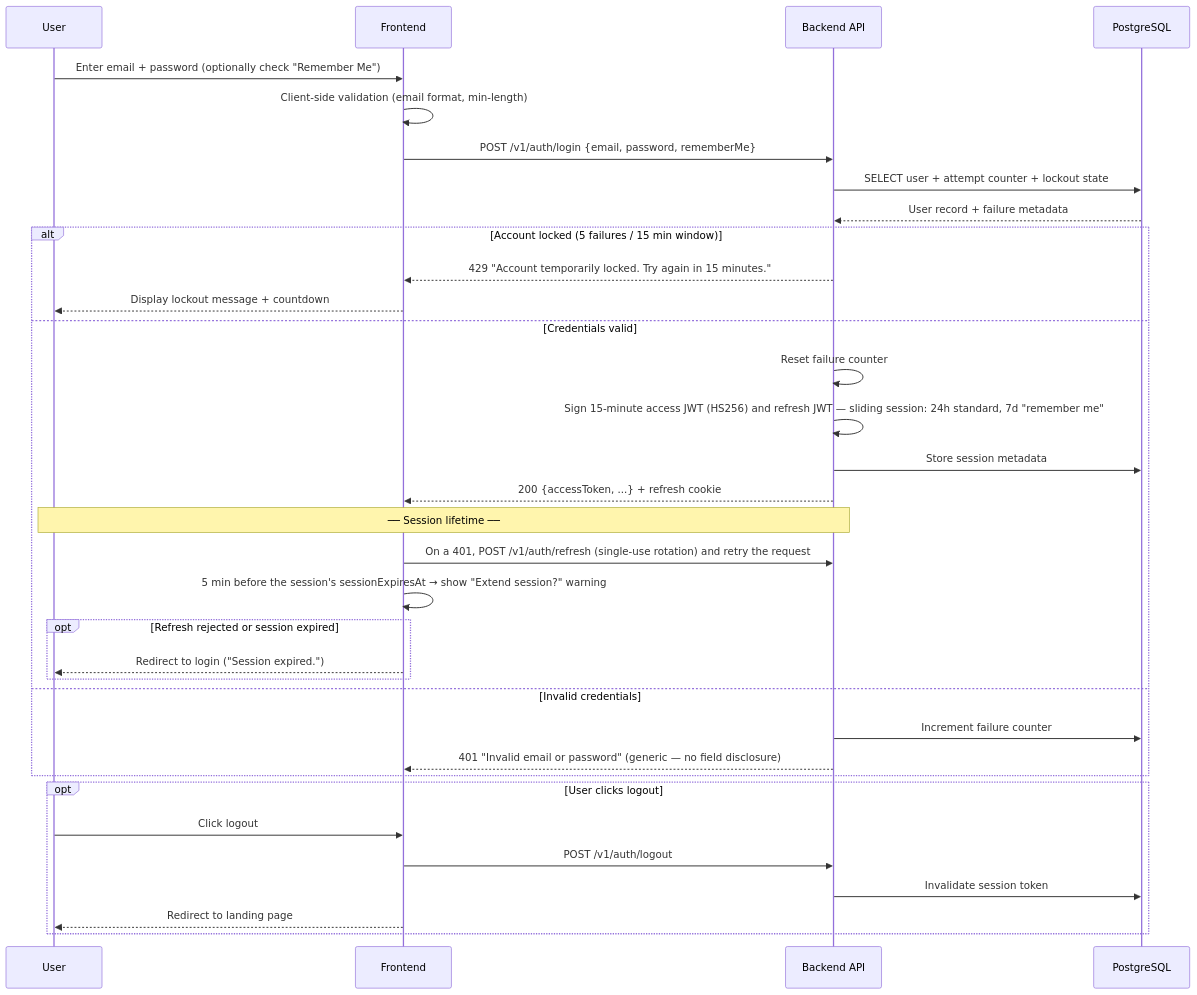
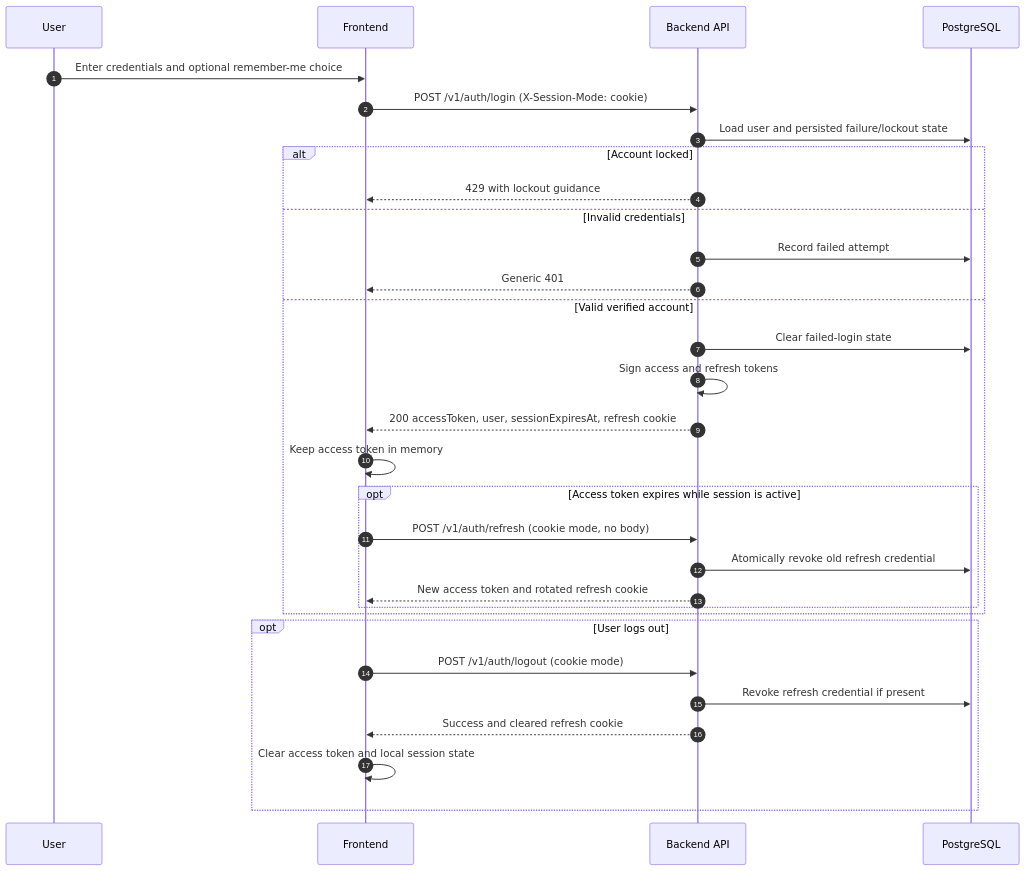
The eighth of 13 diagrams in docs/03-architecture/diagrams/sequence-diagrams.md (alonsovndev/open-projects-hub-docs), drawn with Mermaid before and after one commit. The commit also changed other lines of this file and 63 other files, not shown here.

````diff
--- a/docs/03-architecture/diagrams/sequence-diagrams.md
+++ b/docs/03-architecture/diagrams/sequence-diagrams.md
@@ -222,37 +242,34 @@
 ```mermaid
 sequenceDiagram
+    autonumber
     participant User
     participant FE as Frontend
     participant BE as Backend API
     participant DB as PostgreSQL
 
-    User->>FE: Enter email + password (optionally check "Remember Me")
-    FE->>FE: Client-side validation (email format, min-length)
-    FE->>BE: POST /v1/auth/login {email, password, rememberMe}
-    BE->>DB: SELECT user + attempt counter + lockout state
-    DB-->>BE: User record + failure metadata
-    alt Account locked (5 failures / 15 min window)
-        BE-->>FE: 429 "Account temporarily locked. Try again in 15 minutes."
-        FE-->>User: Display lockout message + countdown
-    else Credentials valid
-        BE->>BE: Reset failure counter
-        BE->>BE: Sign 15-minute access JWT (HS256) and refresh JWT — sliding session: 24h standard, 7d "remember me"
-        BE->>DB: Store session metadata
-        BE-->>FE: 200 {accessToken, ...} + refresh cookie
-        Note over User,BE: ── Session lifetime ──
-        FE->>BE: On a 401, POST /v1/auth/refresh (single-use rotation) and retry the request
-        FE->>FE: 5 min before the session's sessionExpiresAt → show "Extend session?" warning
-        opt Refresh rejected or session expired
-            FE-->>User: Redirect to login ("Session expired.")
+    User->>FE: Enter credentials and optional remember-me choice
+    FE->>BE: POST /v1/auth/login (X-Session-Mode: cookie)
+    BE->>DB: Load user and persisted failure/lockout state
+    alt Account locked
+        BE-->>FE: 429 with lockout guidance
+    else Invalid credentials
+        BE->>DB: Record failed attempt
+        BE-->>FE: Generic 401
+    else Valid verified account
+        BE->>DB: Clear failed-login state
+        BE->>BE: Sign access and refresh tokens
+        BE-->>FE: 200 accessToken, user, sessionExpiresAt, refresh cookie
+        FE->>FE: Keep access token in memory
+        opt Access token expires while session is active
+            FE->>BE: POST /v1/auth/refresh (cookie mode, no body)
+            BE->>DB: Atomically revoke old refresh credential
+            BE-->>FE: New access token and rotated refresh cookie
         end
-    else Invalid credentials
-        BE->>DB: Increment failure counter
-        BE-->>FE: 401 "Invalid email or password" (generic — no field disclosure)
     end
-    opt User clicks logout
-        User->>FE: Click logout
-        FE->>BE: POST /v1/auth/logout
-        BE->>DB: Invalidate session token
-        FE-->>User: Redirect to landing page
+    opt User logs out
+        FE->>BE: POST /v1/auth/logout (cookie mode)
+        BE->>DB: Revoke refresh credential if present
+        BE-->>FE: Success and cleared refresh cookie
+        FE->>FE: Clear access token and local session state
     end
 ```
````
